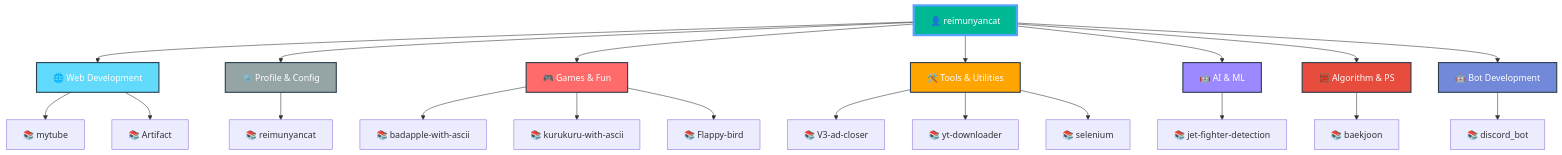
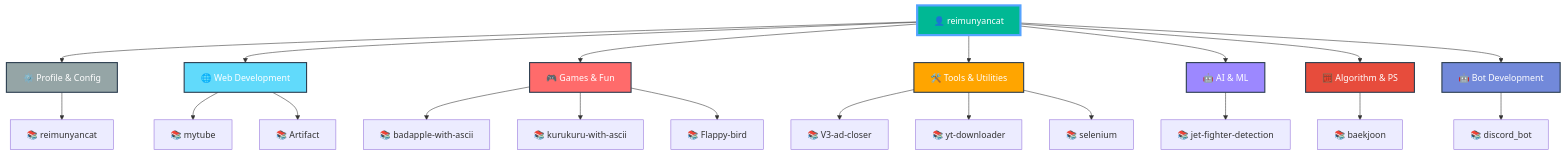
The diagram in README.md (reimunyancat/reimunyancat), drawn with Mermaid before and after one commit.

Commit message:
🤖 Auto-update README with latest repositories

````diff
--- a/README.md
+++ b/README.md
@@ -159,39 +159,39 @@
 ```mermaid
 graph TD
   A[👤 reimunyancat]
 
-  A --> CAT0[🌐 Web Development]
-  CAT0 --> CAT0_0[📚 mytube]
-  CAT0 --> CAT0_1[📚 Artifact]
+  A --> CAT0[⚙️ Profile & Config]
+  CAT0 --> CAT0_0[📚 reimunyancat]
 
-  A --> CAT1[⚙️ Profile & Config]
-  CAT1 --> CAT1_0[📚 reimunyancat]
+  A --> CAT1[🌐 Web Development]
+  CAT1 --> CAT1_0[📚 mytube]
+  CAT1 --> CAT1_1[📚 Artifact]
 
   A --> CAT2[🎮 Games & Fun]
   CAT2 --> CAT2_0[📚 badapple-with-ascii]
   CAT2 --> CAT2_1[📚 kurukuru-with-ascii]
   CAT2 --> CAT2_2[📚 Flappy-bird]
 
   A --> CAT3[🛠️ Tools & Utilities]
   CAT3 --> CAT3_0[📚 V3-ad-closer]
   CAT3 --> CAT3_1[📚 yt-downloader]
   CAT3 --> CAT3_2[📚 selenium]
 
   A --> CAT4[🤖 AI & ML]
   CAT4 --> CAT4_0[📚 jet-fighter-detection]
 
   A --> CAT5[🧮 Algorithm & PS]
   CAT5 --> CAT5_0[📚 baekjoon]
 
   A --> CAT6[🤖 Bot Development]
   CAT6 --> CAT6_0[📚 discord_bot]
 
   style A fill:#00b894,stroke:#55a3ff,stroke-width:4px,color:#fff
-  style CAT0 fill:#61dafb,stroke:#2c3e50,stroke-width:2px,color:#fff
-  style CAT1 fill:#95a5a6,stroke:#2c3e50,stroke-width:2px,color:#fff
+  style CAT0 fill:#95a5a6,stroke:#2c3e50,stroke-width:2px,color:#fff
+  style CAT1 fill:#61dafb,stroke:#2c3e50,stroke-width:2px,color:#fff
   style CAT2 fill:#ff6b6b,stroke:#2c3e50,stroke-width:2px,color:#fff
   style CAT3 fill:#ffa500,stroke:#2c3e50,stroke-width:2px,color:#fff
   style CAT4 fill:#9c88ff,stroke:#2c3e50,stroke-width:2px,color:#fff
   style CAT5 fill:#e74c3c,stroke:#2c3e50,stroke-width:2px,color:#fff
   style CAT6 fill:#7289da,stroke:#2c3e50,stroke-width:2px,color:#fff
 ```
````
